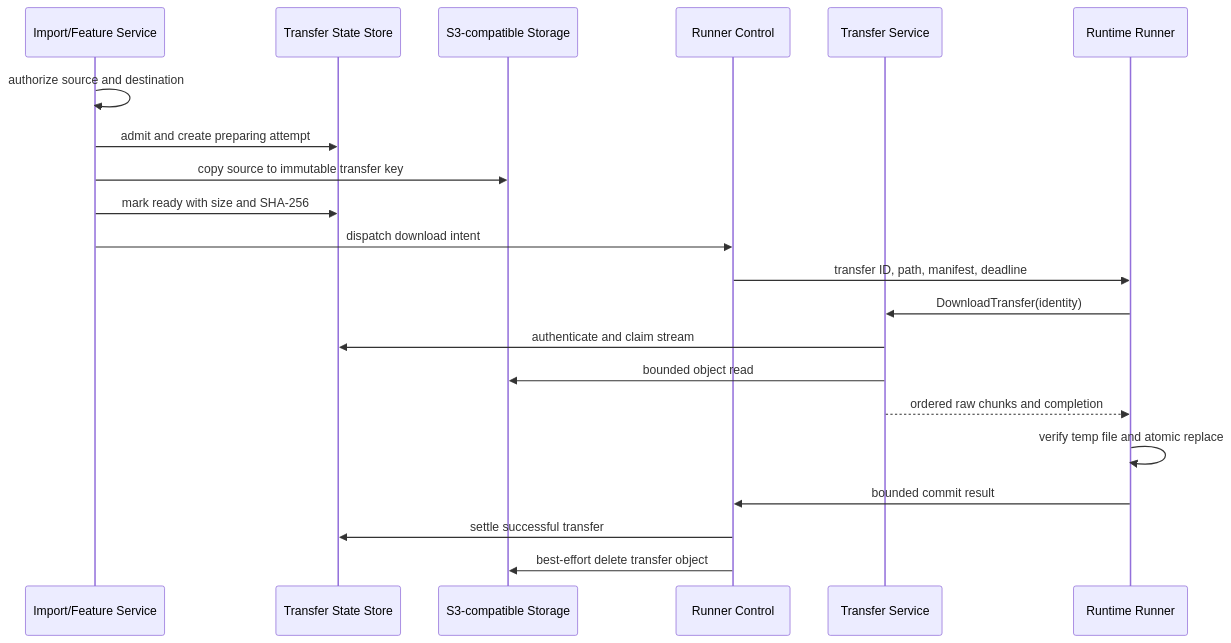
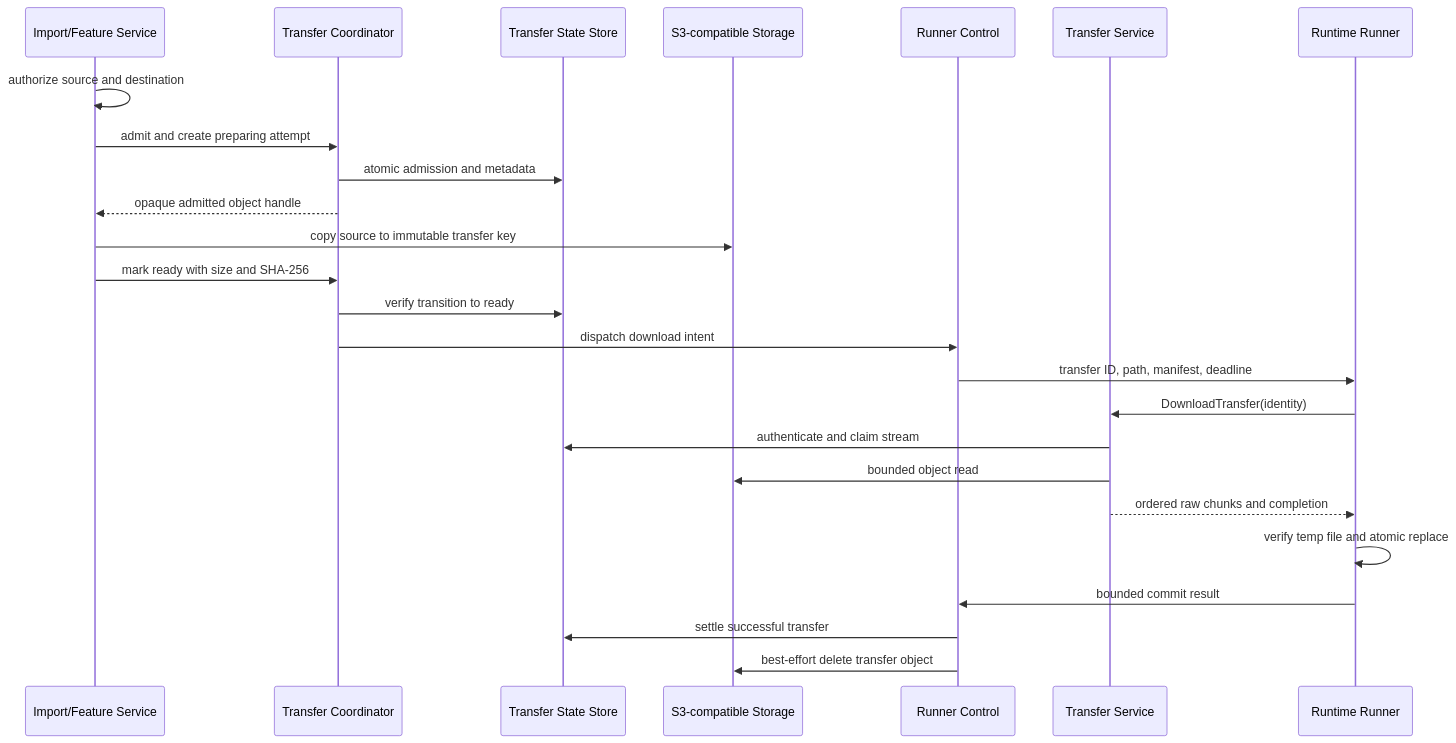
The third of 4 diagrams in docs/azents/design/transfer-260725-runtime-file-transfer.md (azents/azents), drawn with Mermaid before and after one commit. The commit also changed other lines of this file and 1 other file, not shown here.

Commit message:
Clarify transfer state process ownership

````diff
--- a/docs/azents/design/transfer-260725-runtime-file-transfer.md
+++ b/docs/azents/design/transfer-260725-runtime-file-transfer.md
@@ -351,24 +372,28 @@
 ```mermaid
 sequenceDiagram
     participant Feature as Import/Feature Service
+    participant Coordinator as Transfer Coordinator
     participant State as Transfer State Store
     participant S3 as S3-compatible Storage
     participant Control as Runner Control
     participant Transfer as Transfer Service
     participant Runner as Runtime Runner
 
     Feature->>Feature: authorize source and destination
-    Feature->>State: admit and create preparing attempt
+    Feature->>Coordinator: admit and create preparing attempt
+    Coordinator->>State: atomic admission and metadata
+    Coordinator-->>Feature: opaque admitted object handle
     Feature->>S3: copy source to immutable transfer key
-    Feature->>State: mark ready with size and SHA-256
-    Feature->>Control: dispatch download intent
+    Feature->>Coordinator: mark ready with size and SHA-256
+    Coordinator->>State: verify transition to ready
+    Coordinator->>Control: dispatch download intent
     Control->>Runner: transfer ID, path, manifest, deadline
     Runner->>Transfer: DownloadTransfer(identity)
     Transfer->>State: authenticate and claim stream
     Transfer->>S3: bounded object read
     Transfer-->>Runner: ordered raw chunks and completion
     Runner->>Runner: verify temp file and atomic replace
     Runner->>Control: bounded commit result
     Control->>State: settle successful transfer
     Control->>S3: best-effort delete transfer object
 ```
````
